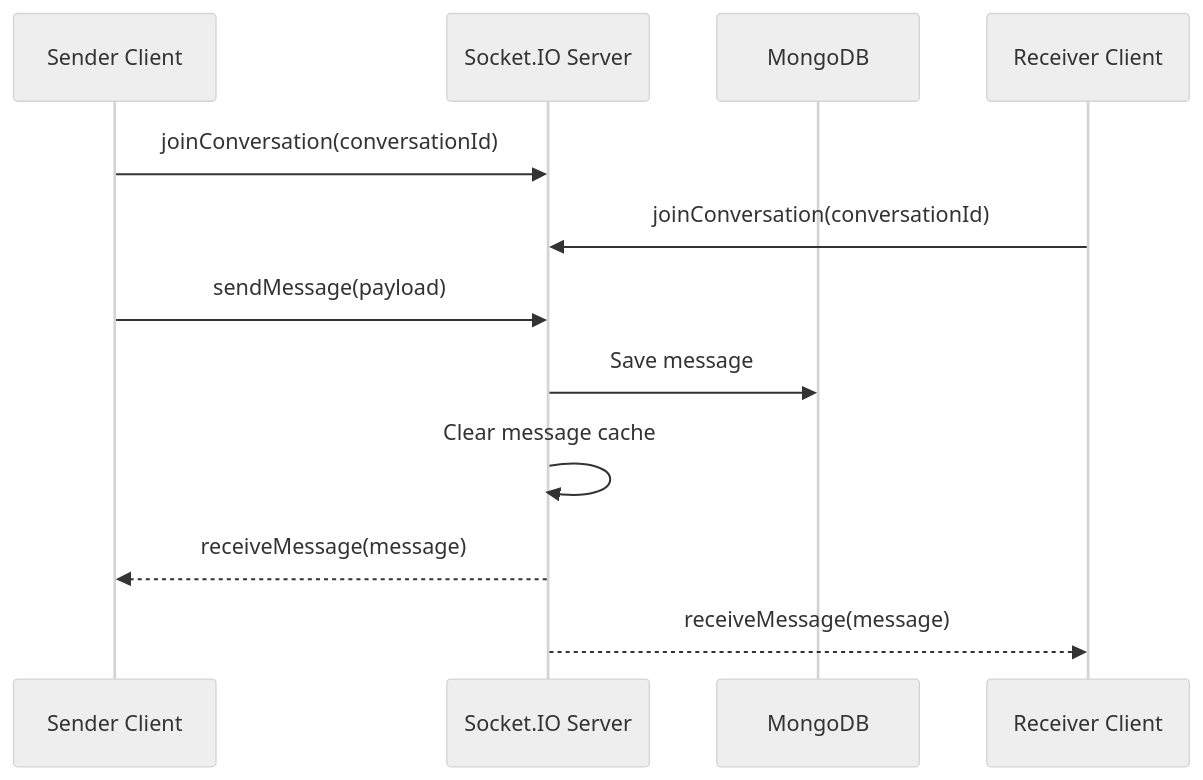
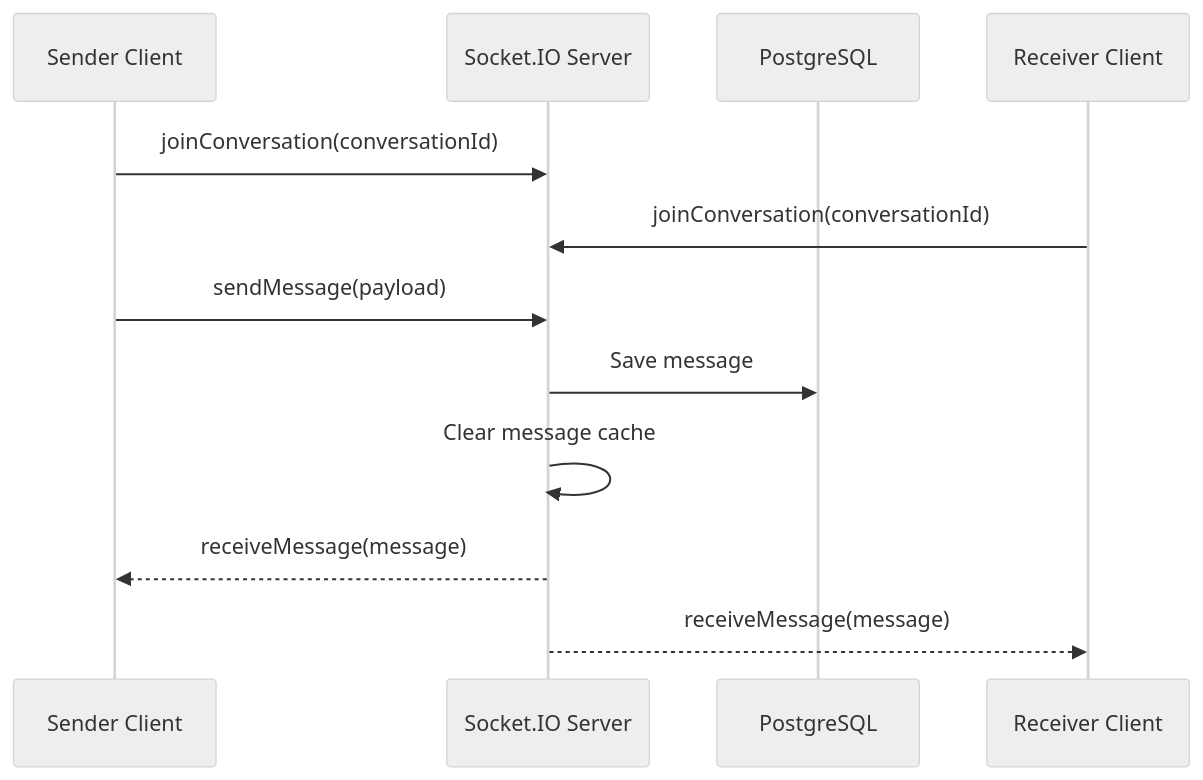
One commit to SaimaLearnathon/web-development-bootcamp-may-2026 changed the third of 5 diagrams in farhanaislamsaima/README.md. Above: the diagram before and after it, drawn with Mermaid (neutral theme). The commit also changed other lines of this file and 53 other files, not shown here.

````diff
--- a/farhanaislamsaima/README.md
+++ b/farhanaislamsaima/README.md
@@ -197,15 +206,15 @@
 ```mermaid
 sequenceDiagram
   participant A as Sender Client
   participant S as Socket.IO Server
-  participant D as MongoDB
+  participant D as PostgreSQL
   participant B as Receiver Client
 
   A->>S: joinConversation(conversationId)
   B->>S: joinConversation(conversationId)
   A->>S: sendMessage(payload)
   S->>D: Save message
   S->>S: Clear message cache
   S-->>A: receiveMessage(message)
   S-->>B: receiveMessage(message)
 ```
````
